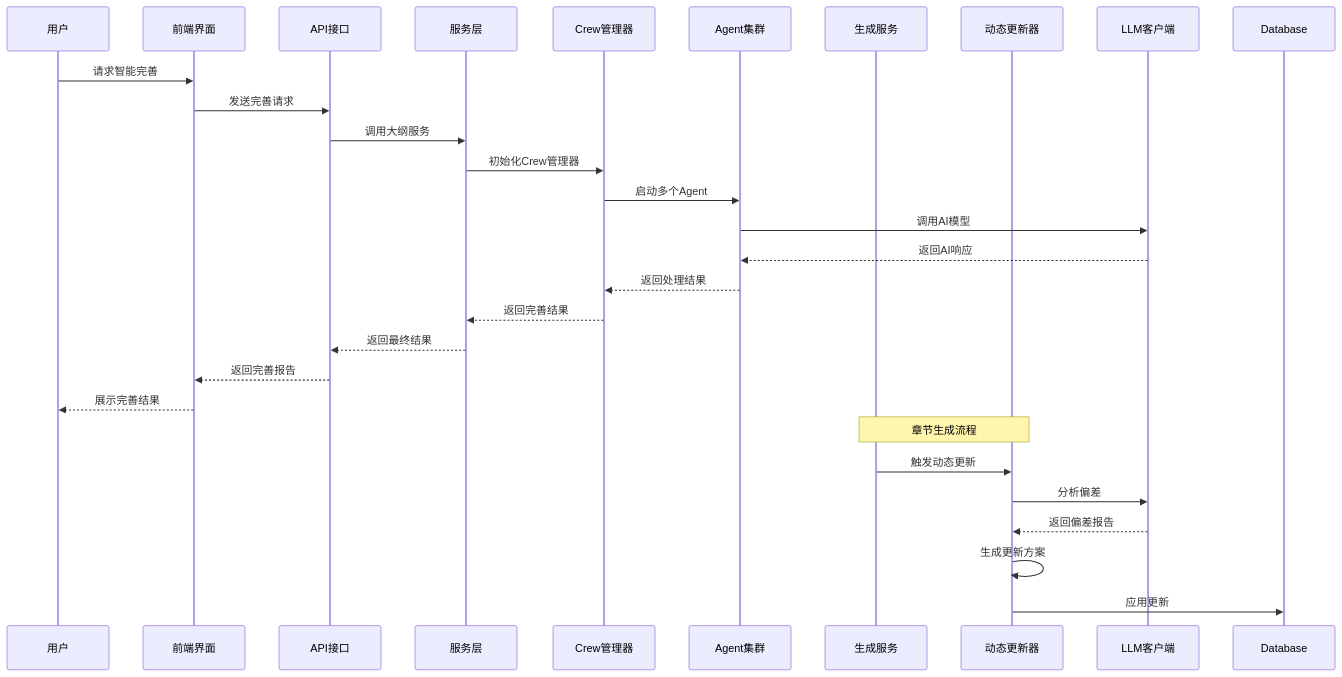
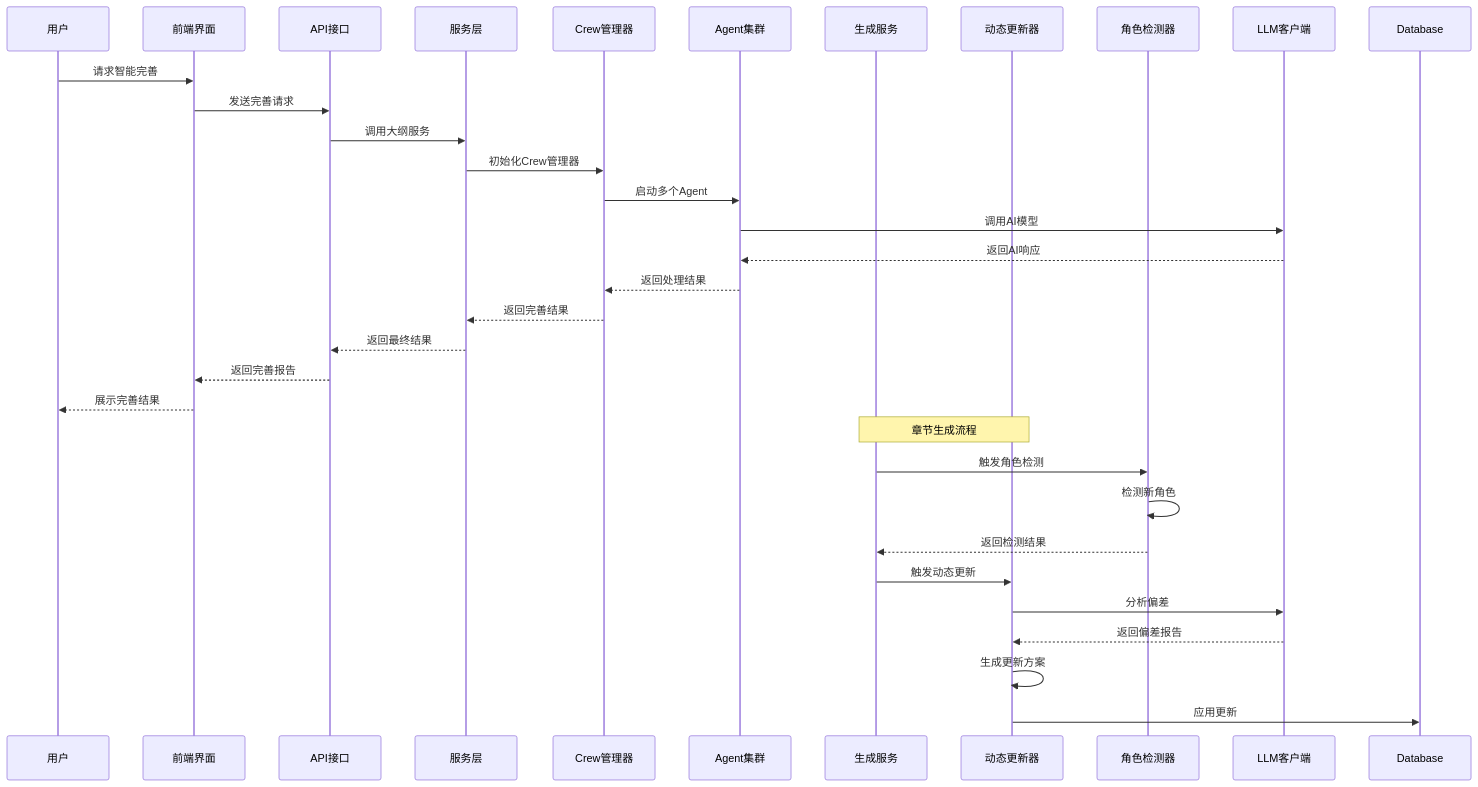
The fourth of 17 diagrams in .qoder/repowiki/zh/content/AI智能体系统/智能大纲完善系统.md (xfbyxq/ai-novel-system), drawn with Mermaid before and after one commit. The commit also changed other lines of this file and 28 other files, not shown here.

````diff
--- a/.qoder/repowiki/zh/content/AI智能体系统/智能大纲完善系统.md
+++ b/.qoder/repowiki/zh/content/AI智能体系统/智能大纲完善系统.md
@@ -267,30 +281,34 @@
 ```mermaid
 sequenceDiagram
 participant User as 用户
 participant Frontend as 前端界面
 participant API as API接口
 participant Service as 服务层
 participant Crew as Crew管理器
 participant Agents as Agent集群
 participant Gensvc as 生成服务
 participant Updater as 动态更新器
+participant CharDet as 角色检测器
 participant LLM as LLM客户端
 User->>Frontend : 请求智能完善
 Frontend->>API : 发送完善请求
 API->>Service : 调用大纲服务
 Service->>Crew : 初始化Crew管理器
 Crew->>Agents : 启动多个Agent
 Agents->>LLM : 调用AI模型
 LLM-->>Agents : 返回AI响应
 Agents-->>Crew : 返回处理结果
 Crew-->>Service : 返回完善结果
 Service-->>API : 返回最终结果
 API-->>Frontend : 返回完善报告
 Frontend-->>User : 展示完善结果
 Note over Gensvc,Updater : 章节生成流程
+Gensvc->>CharDet : 触发角色检测
+CharDet->>CharDet : 检测新角色
+CharDet-->>Gensvc : 返回检测结果
 Gensvc->>Updater : 触发动态更新
 Updater->>LLM : 分析偏差
 LLM-->>Updater : 返回偏差报告
 Updater->>Updater : 生成更新方案
 Updater->>Database : 应用更新
 ```
````
